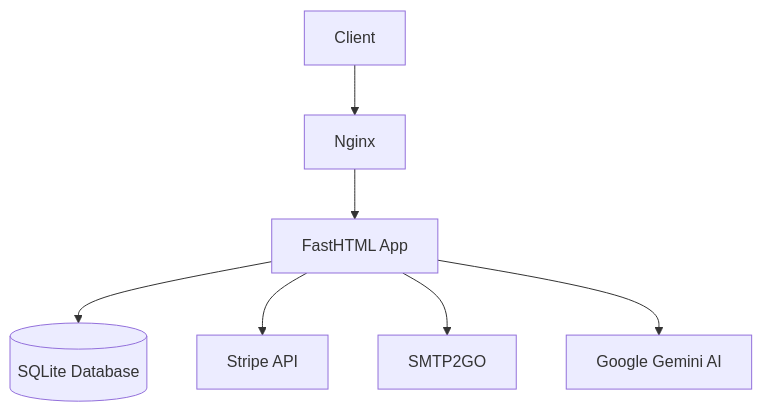
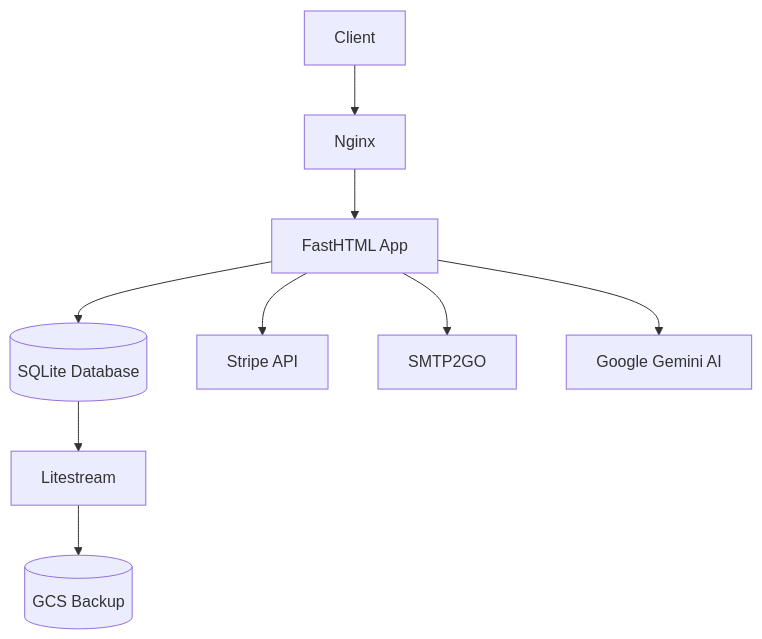
The diagram in README.md (AndreasThinks/feedback-to-me), drawn with Mermaid before and after one commit. The commit also changed other lines of this file, not shown here.

````diff
--- a/README.md
+++ b/README.md
@@ -30,9 +30,11 @@
 ```mermaid
 graph TD
     A[Client] --> B[Nginx]
     B --> C[FastHTML App]
     C --> D[(SQLite Database)]
+    D --> H[Litestream]
+    H --> I[(GCS Backup)]
     C --> E[Stripe API]
     C --> F[SMTP2GO]
     C --> G[Google Gemini AI]
 ```
````
